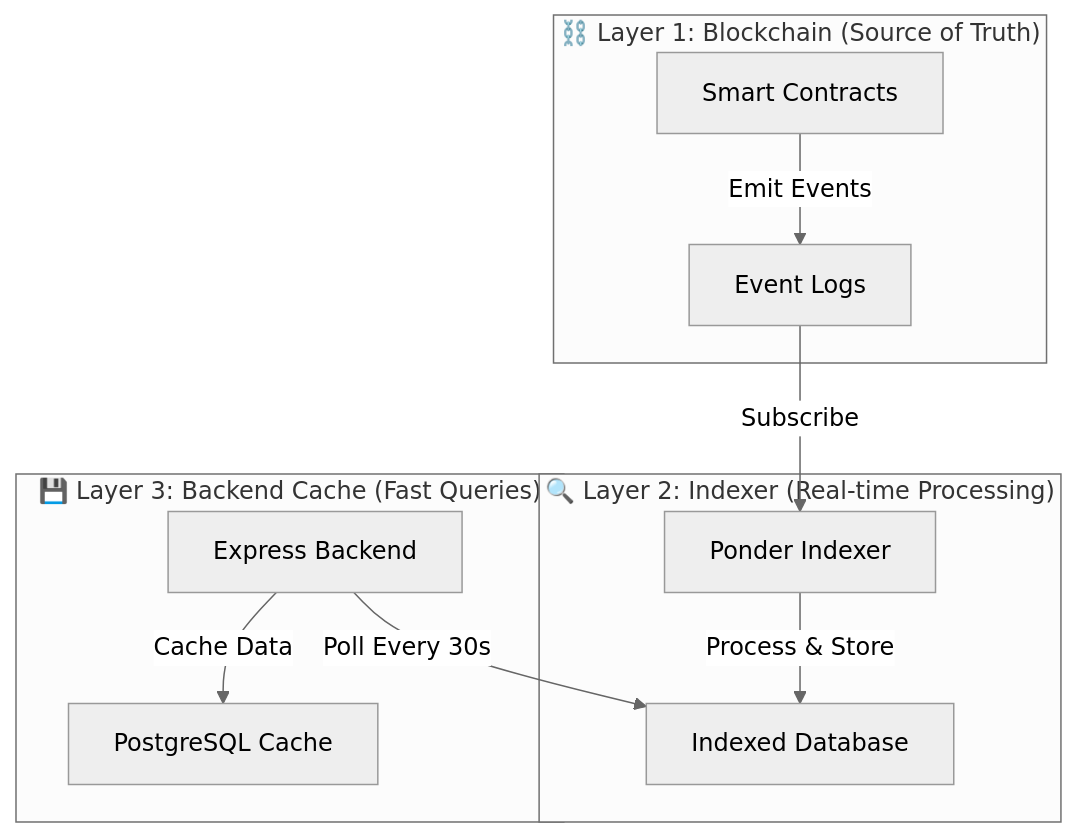
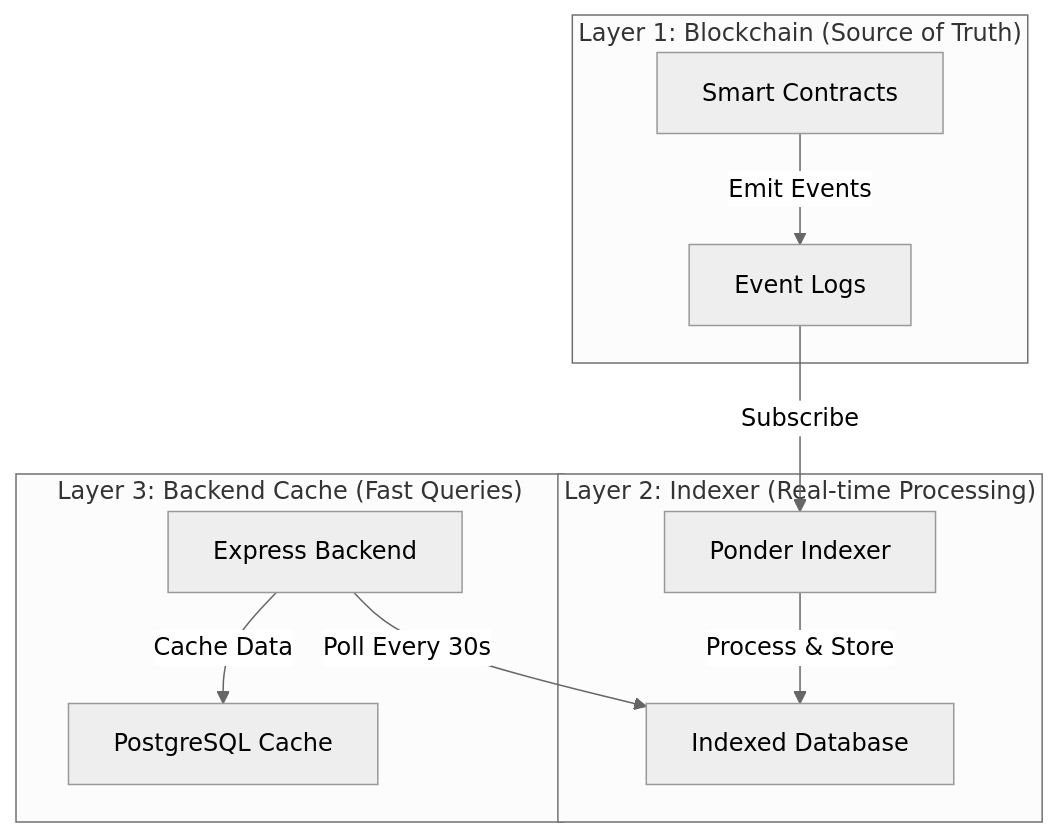
The first of 12 diagrams in pitching/Architecture/3. Data Flow.md (CrowdFUNding-Base/SC), drawn with Mermaid (neutral theme) before and after one commit. The commit also changed other lines of this file and 12 other files, not shown here.

````diff
--- a/pitching/Architecture/3. Data Flow.md
+++ b/pitching/Architecture/3. Data Flow.md
@@ -9,23 +9,23 @@
 ```mermaid
 flowchart TB
-    subgraph Layer1["⛓️ Layer 1: Blockchain (Source of Truth)"]
+    subgraph Layer1["Layer 1: Blockchain (Source of Truth)"]
         Contracts["Smart Contracts"]
         Events["Event Logs"]
     end
 
-    subgraph Layer2["🔍 Layer 2: Indexer (Real-time Processing)"]
+    subgraph Layer2["Layer 2: Indexer (Real-time Processing)"]
         Ponder["Ponder Indexer"]
         IndexerDB["Indexed Database"]
     end
 
-    subgraph Layer3["💾 Layer 3: Backend Cache (Fast Queries)"]
+    subgraph Layer3["Layer 3: Backend Cache (Fast Queries)"]
         Backend["Express Backend"]
         PostgreSQL["PostgreSQL Cache"]
     end
 
     Contracts --> |"Emit Events"| Events
     Events --> |"Subscribe"| Ponder
     Ponder --> |"Process & Store"| IndexerDB
     Backend --> |"Poll Every 30s"| IndexerDB
     Backend --> |"Cache Data"| PostgreSQL
 ```
````
